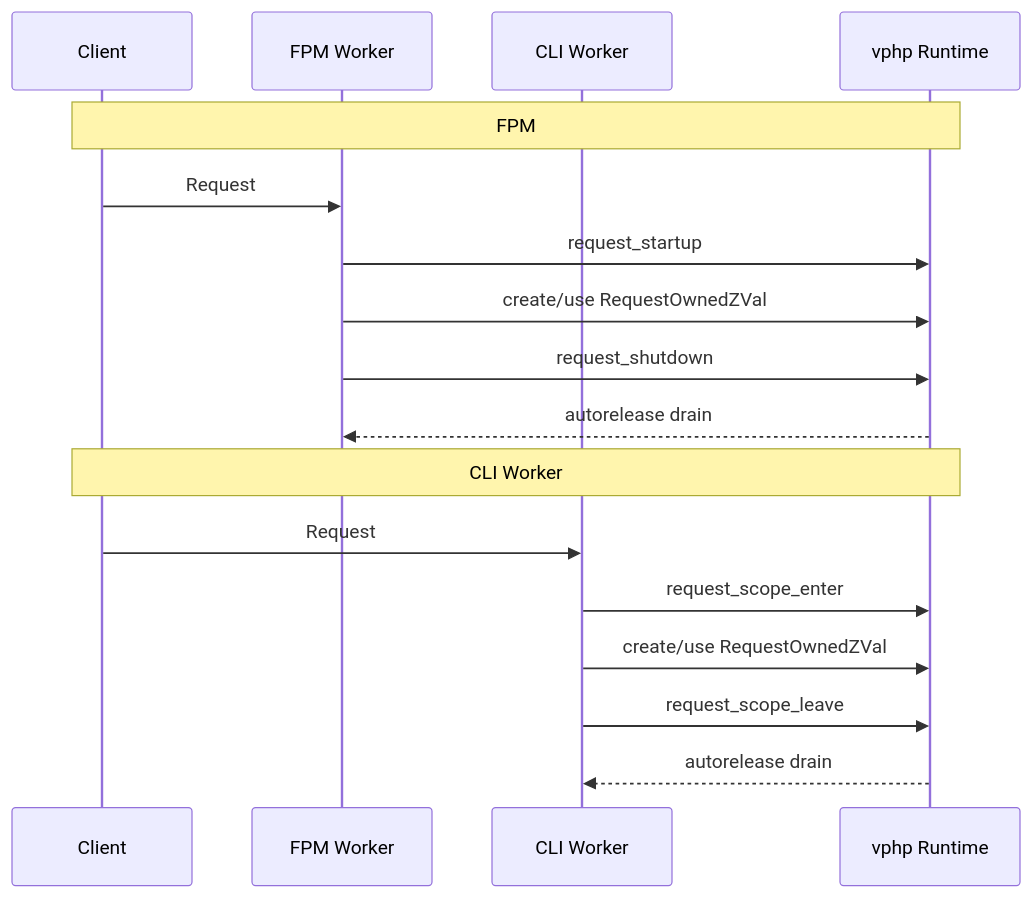
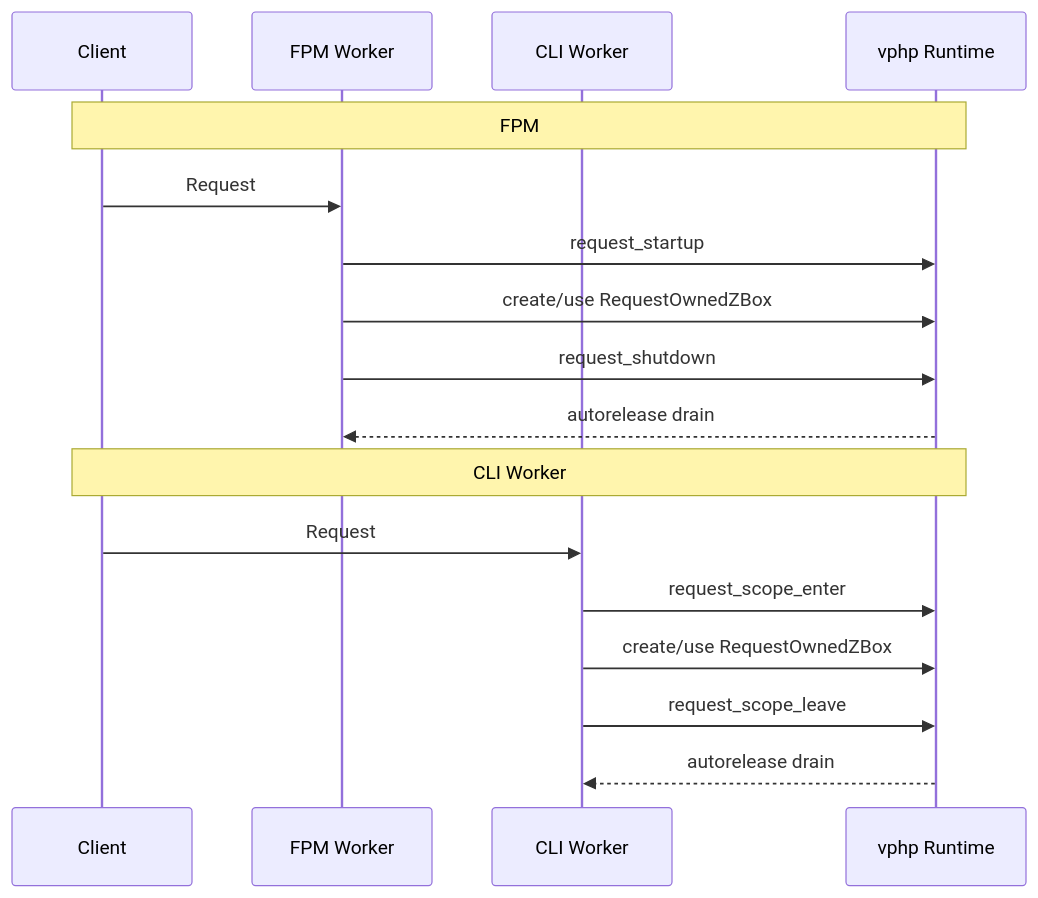
One commit to guweigang/vphpx changed the third of 3 diagrams in vphp/docs/lifecycle_model.md. Above: the diagram before and after it, drawn with Mermaid. The commit also changed other lines of this file and 66 other files, not shown here.

Commit message:
Unify VPHP ownership around ZBox

````diff
--- a/vphp/docs/lifecycle_model.md
+++ b/vphp/docs/lifecycle_model.md
@@ -146,21 +147,21 @@
 ```mermaid
 sequenceDiagram
     participant Client as Client
     participant FPM as FPM Worker
     participant CLI as CLI Worker
     participant VPHP as vphp Runtime
 
     Note over Client,VPHP: FPM
     Client->>FPM: Request #1
     FPM->>VPHP: request_startup
-    FPM->>VPHP: create/use RequestOwnedZVal
+        FPM->>VPHP: create/use RequestOwnedZBox
     FPM->>VPHP: request_shutdown
     VPHP-->>FPM: autorelease drain
 
     Note over Client,VPHP: CLI Worker
     Client->>CLI: Request #1
     CLI->>VPHP: request_scope_enter
-    CLI->>VPHP: create/use RequestOwnedZVal
+        CLI->>VPHP: create/use RequestOwnedZBox
     CLI->>VPHP: request_scope_leave
     VPHP-->>CLI: autorelease drain
 ```
````
